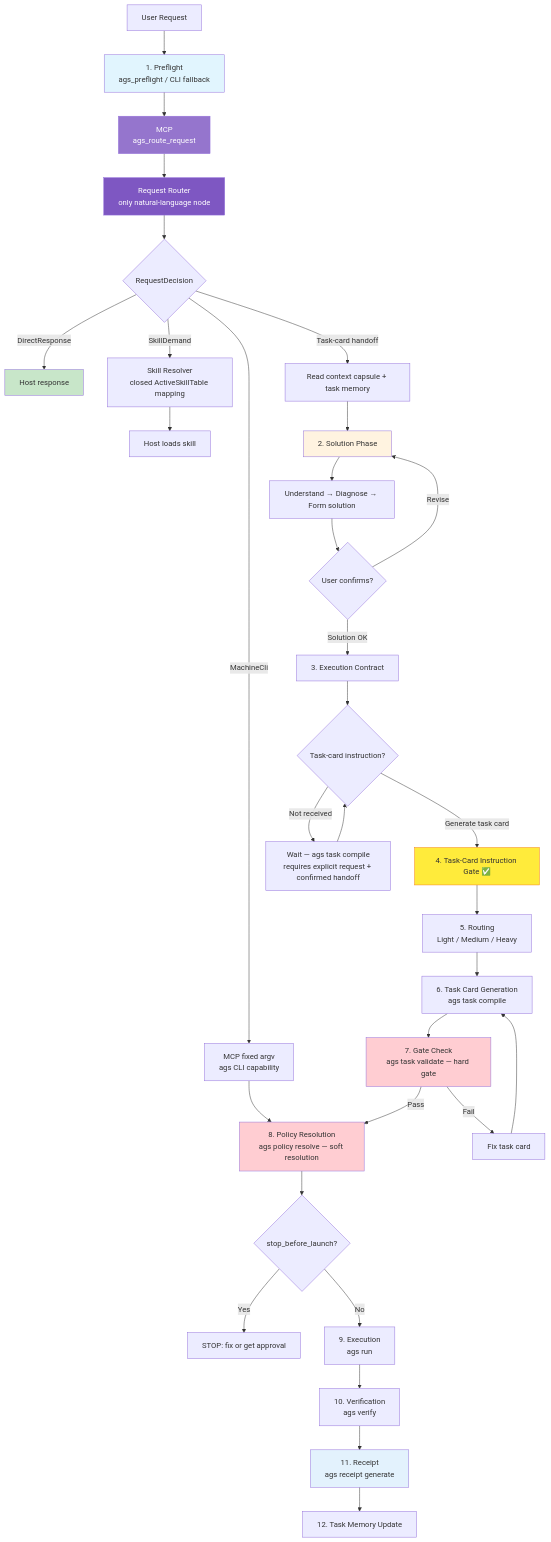
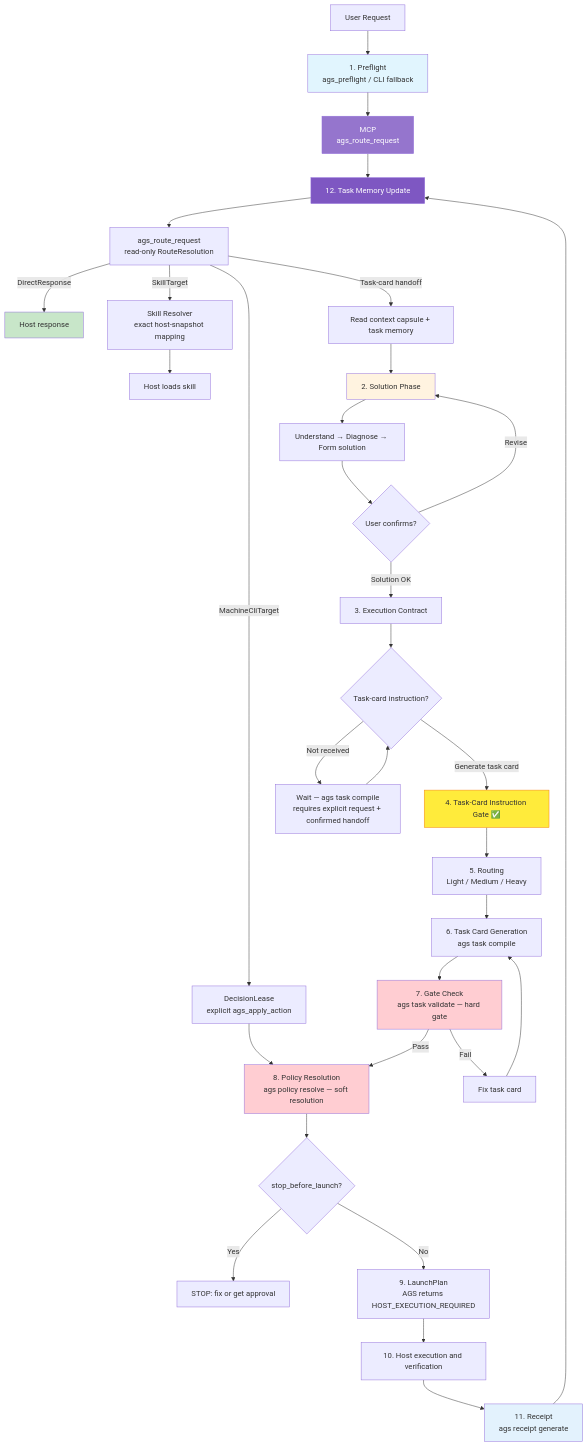
The diagram in README.en.md (FernandeZ-hjm/Agent-General-Staff), drawn with Mermaid before and after one commit. The commit also changed other lines of this file and 5 other files, not shown here.

Commit message:
docs: align public architecture with 0.3

````diff
--- a/README.en.md
+++ b/README.en.md
@@ -171,44 +177,44 @@
 ```mermaid
 flowchart TD
     A[User Request] --> B[1. Preflight<br/>ags_preflight / CLI fallback]
     B --> MCP[MCP<br/>ags_route_request]
-    MCP --> R[Request Router<br/>only natural-language node]
-    R --> D0{RequestDecision}
+    MCP --> P[HostRouteProposal<br/>host-owned semantics]
+    P --> D0[ags_route_request<br/>read-only RouteResolution]
     D0 -->|DirectResponse| PASS[Host response]
-    D0 -->|SkillDemand| SR[Skill Resolver<br/>closed ActiveSkillTable mapping]
-    D0 -->|MachineCli| MC[MCP fixed argv<br/>ags CLI capability]
+    D0 -->|SkillTarget| SR[Skill Resolver<br/>exact host-snapshot mapping]
+    D0 -->|MachineCliTarget| MC[DecisionLease<br/>explicit ags_apply_action]
     SR --> HOST[Host loads skill]
     MC --> K
     D0 -->|Task-card handoff| B1[Read context capsule + task memory]
     B1 --> C[2. Solution Phase]
     C --> C1[Understand → Diagnose → Form solution]
     C1 --> D{User confirms?}
     D -->|Solution OK| E[3. Execution Contract]
     D -->|Revise| C
     E --> F{Task-card instruction?}
     F -->|Generate task card| G[4. Task-Card Instruction Gate ✅]
     F -->|Not received| F_WAIT[Wait — ags task compile<br/>requires explicit request + confirmed handoff]
     F_WAIT --> F
     G --> H[5. Routing<br/>Light / Medium / Heavy]
     H --> I[6. Task Card Generation<br/>ags task compile]
     I --> J[7. Gate Check<br/>ags task validate — hard gate]
     J -->|Pass| K[8. Policy Resolution<br/>ags policy resolve — soft resolution]
     J -->|Fail| J_FAIL[Fix task card]
     J_FAIL --> I
     K --> L{stop_before_launch?}
     L -->|Yes| L_STOP[STOP: fix or get approval]
-    L -->|No| M[9. Execution<br/>ags run]
-    M --> N[10. Verification<br/>ags verify]
+    L -->|No| M[9. LaunchPlan<br/>AGS returns HOST_EXECUTION_REQUIRED]
+    M --> N[10. Host execution and verification]
     N --> O[11. Receipt<br/>ags receipt generate]
     O --> P[12. Task Memory Update]
 
-    style R fill:#7e57c2,color:#fff
+    style P fill:#7e57c2,color:#fff
     style MCP fill:#9575cd,color:#fff
     style PASS fill:#c8e6c9
     style B fill:#e1f5fe
     style C fill:#fff3e0
     style G fill:#ffeb3b,stroke:#f57f17
     style J fill:#ffcdd2
     style K fill:#ffcdd2
     style O fill:#e3f2fd
 ```
````
